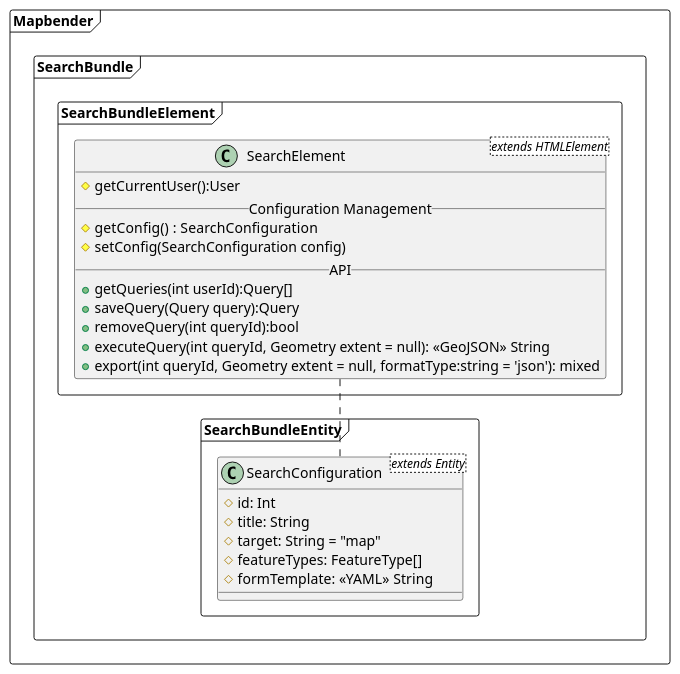
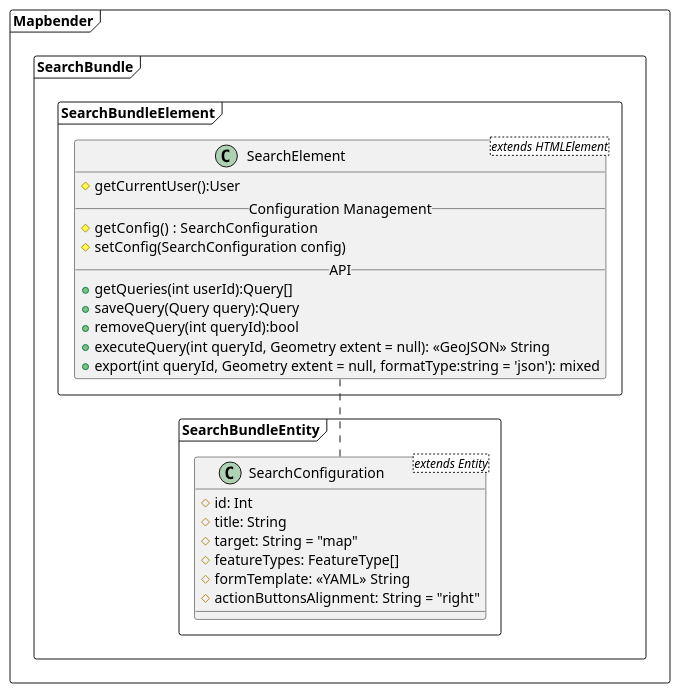
One commit to mapbender/search changed the diagram in Documents/Search/API.puml. Above: the diagram before and after it, drawn with PlantUML. The commit also changed 4 other files, not shown here.

```diff
--- a/Documents/Search/API.puml
+++ b/Documents/Search/API.puml
@@ -1,33 +1,34 @@
 @startuml
 package Mapbender <<Frame>> {
   package SearchBundle <<Frame>> {
    package SearchBundleEntity <<Frame>> {
 
       class SearchConfiguration <extends Entity> {
         # id: Int
         # title: String
         # target: String = "map"
         # featureTypes: FeatureType[]
         # formTemplate: <<YAML>> String
+        # actionButtonsAlignment: String = "right"
       }
     }
 
     package SearchBundleElement <<Frame>> {
       class SearchElement <extends HTMLElement>{
          # getCurrentUser():User
          __ Configuration Management __
          # getConfig() :  SearchConfiguration
          # setConfig(SearchConfiguration config)
          __ API __
          + getQueries(int userId):Query[]
          + saveQuery(Query query):Query
          + removeQuery(int queryId):bool
          + executeQuery(int queryId, Geometry extent = null): <<GeoJSON>> String
          + export(int queryId, Geometry extent = null, formatType:string = 'json'): mixed
       }
     }
   }
   SearchElement .. SearchConfiguration
 }
 
 @enduml
```
